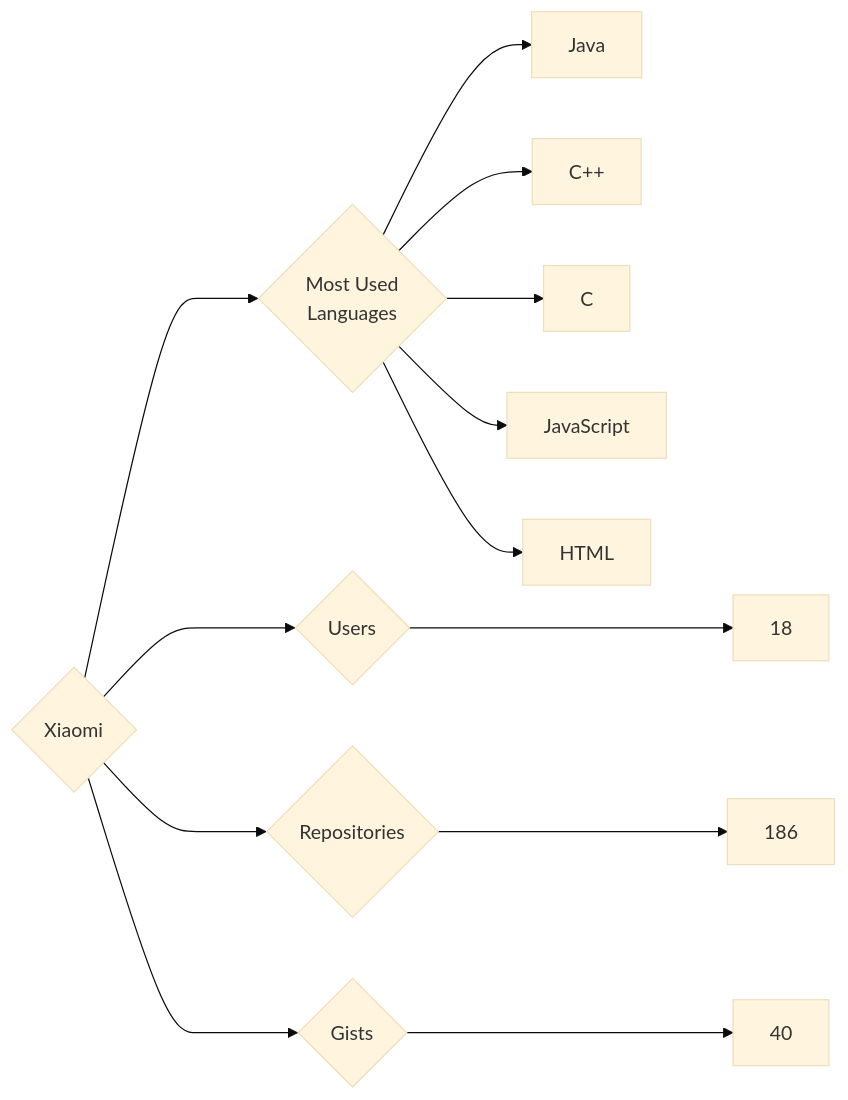
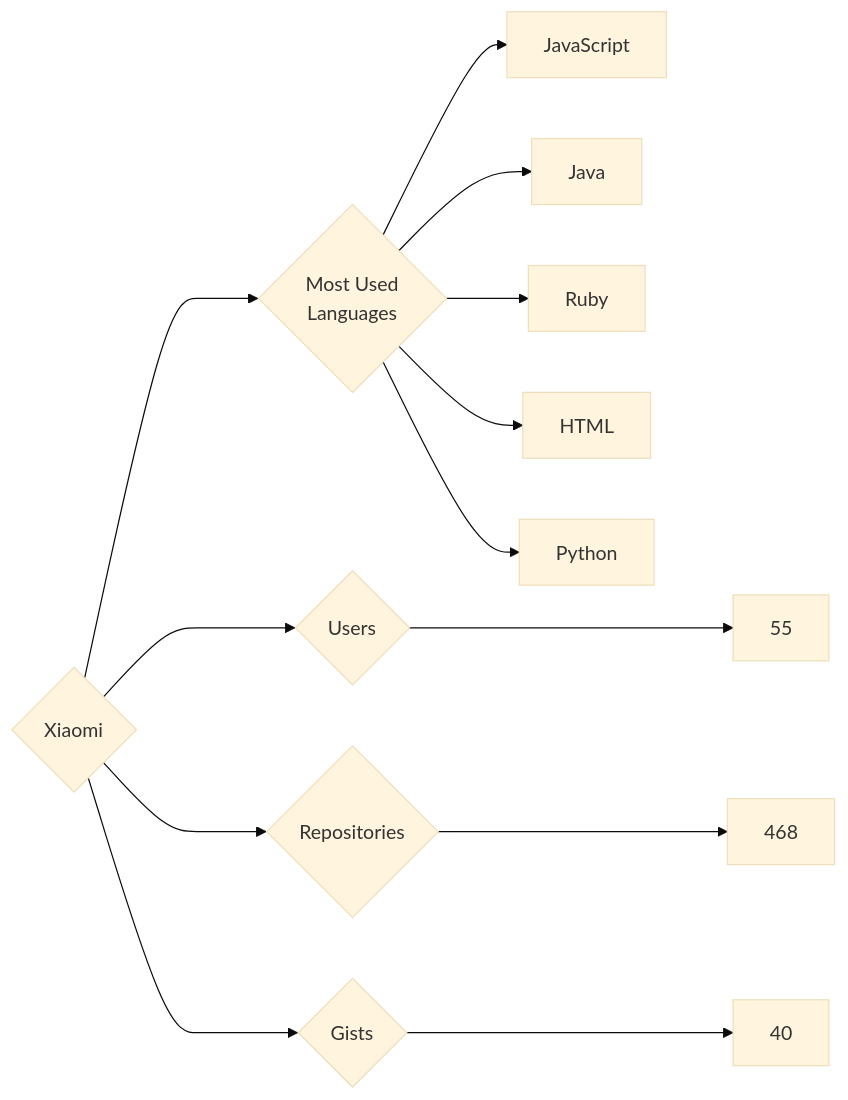
One commit to trickest/insiders changed the diagram in targets/Xiaomi/README.md. Above: the diagram before and after it, drawn with Mermaid (base theme). The commit also changed 682 other files, not shown here.

````diff
--- a/targets/Xiaomi/README.md
+++ b/targets/Xiaomi/README.md
@@ -3,13 +3,13 @@
 ```mermaid
 graph LR
 COMPANY_NAME{Xiaomi}
-COMPANY_NAME ---> U{Users} ---> UN[18]
-COMPANY_NAME ---> R{Repositories} ---> RN[186]
+COMPANY_NAME ---> U{Users} ---> UN[55]
+COMPANY_NAME ---> R{Repositories} ---> RN[468]
 COMPANY_NAME ---> G{Gists} ---> GN[40]
 COMPANY_NAME ---> ML{Most Used<br>Languages}
+ML --> JavaScript[JavaScript]
 ML --> Java[Java]
-ML --> C++[C++]
-ML --> C[C]
-ML --> JavaScript[JavaScript]
+ML --> Ruby[Ruby]
 ML --> HTML[HTML]
+ML --> Python[Python]
 ```
````
